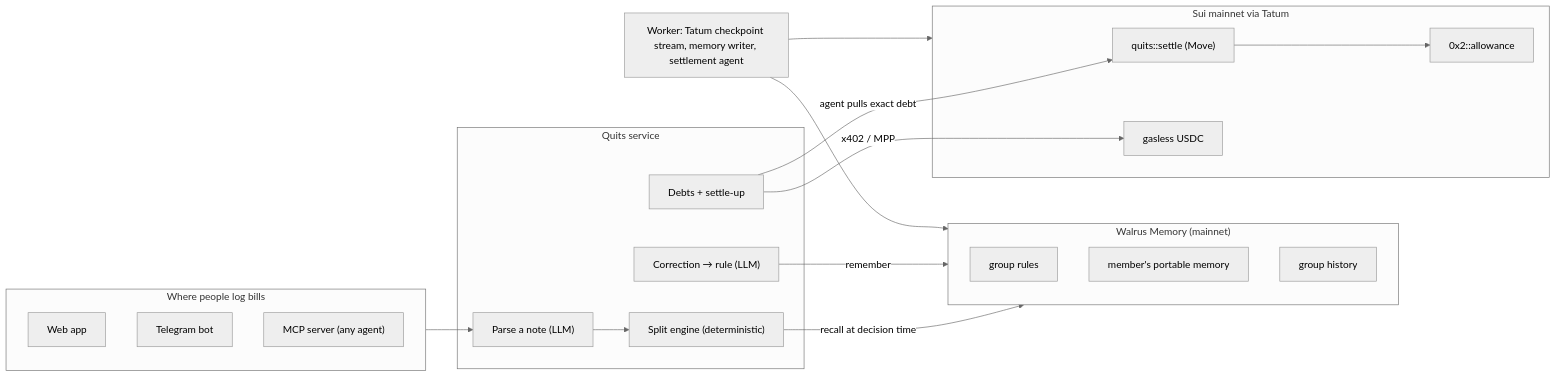
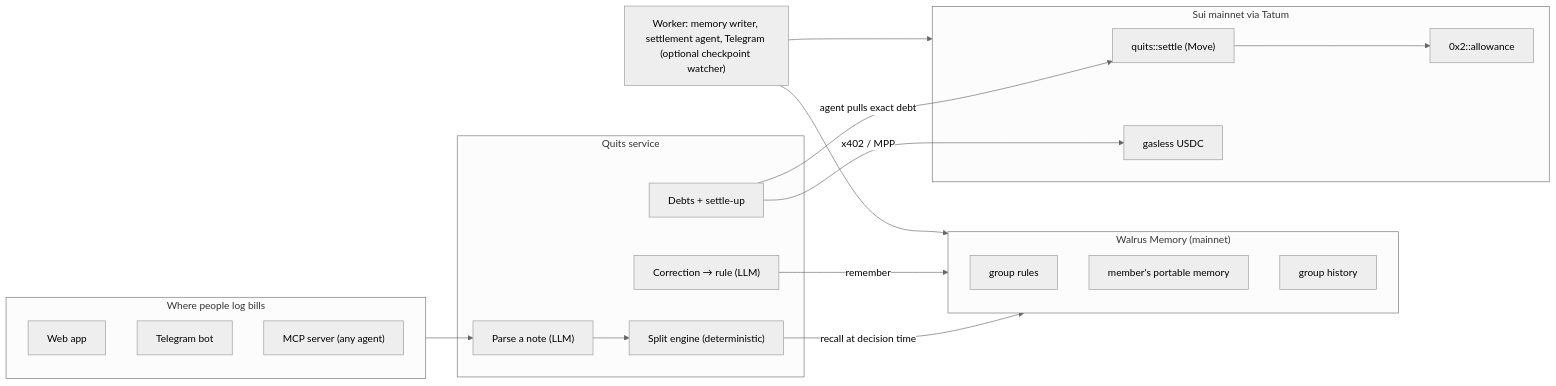
Before and after one commit to RaYYeR220/quits: the diagram in README.md, drawn with Mermaid (neutral theme). The commit also changed other lines of this file and 10 other files, not shown here.

````diff
--- a/README.md
+++ b/README.md
@@ -74,31 +74,31 @@
 ```mermaid
 flowchart LR
   subgraph People["Where people log bills"]
     Web["Web app"]
     TG["Telegram bot"]
     MCP["MCP server (any agent)"]
   end
   subgraph Quits["Quits service"]
     Parse["Parse a note (LLM)"]
     Engine["Split engine (deterministic)"]
     Compile["Correction → rule (LLM)"]
     Debts["Debts + settle-up"]
   end
   subgraph Walrus["Walrus Memory (mainnet)"]
     GRules["group rules"]
     MPrefs["member's portable memory"]
     Log["group history"]
   end
   subgraph Sui["Sui mainnet via Tatum"]
     Move["quits::settle (Move)"]
     Allow["0x2::allowance"]
     USDC["gasless USDC"]
   end
   People --> Parse --> Engine
   Engine -- "recall at decision time" --> Walrus
   Compile -- "remember" --> Walrus
   Debts -- "x402 / MPP" --> USDC
   Debts -- "agent pulls exact debt" --> Move --> Allow
-  Worker["Worker: Tatum checkpoint stream, memory writer, settlement agent"] --> Sui
+  Worker["Worker: memory writer, settlement agent, Telegram (optional checkpoint watcher)"] --> Sui
   Worker --> Walrus
 ```
````
